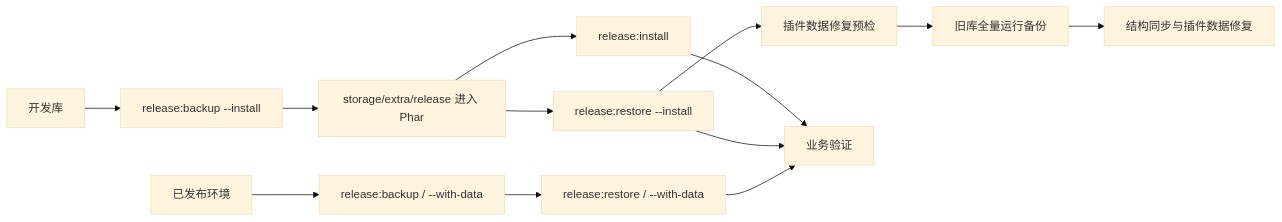
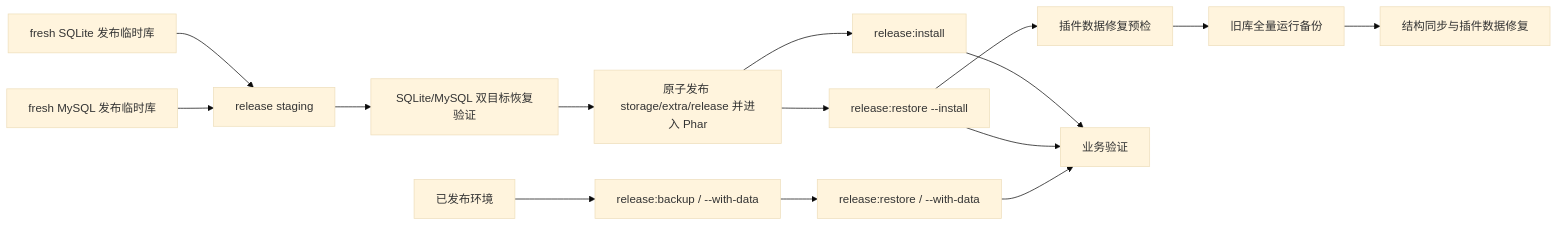
Before and after one commit to zoujingli/SmartAdmin: the diagram in docs/部署运维/发布升级.md, drawn with Mermaid (base theme). The commit also changed other lines of this file and 7 other files, not shown here.

First line of the commit message:
同步: SmartAdmin 发布: 构建 SQLite 与 MySQL 双快照安装包

````diff
--- a/docs/部署运维/发布升级.md
+++ b/docs/部署运维/发布升级.md
@@ -5,15 +5,17 @@
 ```mermaid
 flowchart LR
-  Dev["开发库"] --> InstallBackup["release:backup --install"]
-  InstallBackup --> Package["storage/extra/release 进入 Phar"]
+  FreshSqlite["fresh SQLite 发布临时库"] --> Staging["release staging"]
+  FreshMysql["fresh MySQL 发布临时库"] --> Staging
+  Staging --> Validate["SQLite/MySQL 双目标恢复验证"]
+  Validate --> Package["原子发布 storage/extra/release 并进入 Phar"]
   Package --> Install["release:install"]
   Package --> RestoreInstall["release:restore --install"]
   RestoreInstall --> Precheck["插件数据修复预检"]
   Precheck --> FullBackup["旧库全量运行备份"]
   FullBackup --> Repair["结构同步与插件数据修复"]
   Runtime["已发布环境"] --> RuntimeBackup["release:backup / --with-data"]
   RuntimeBackup --> RuntimeRestore["release:restore / --with-data"]
   Install --> Verify["业务验证"]
   RestoreInstall --> Verify
   RuntimeRestore --> Verify
 ```
````
